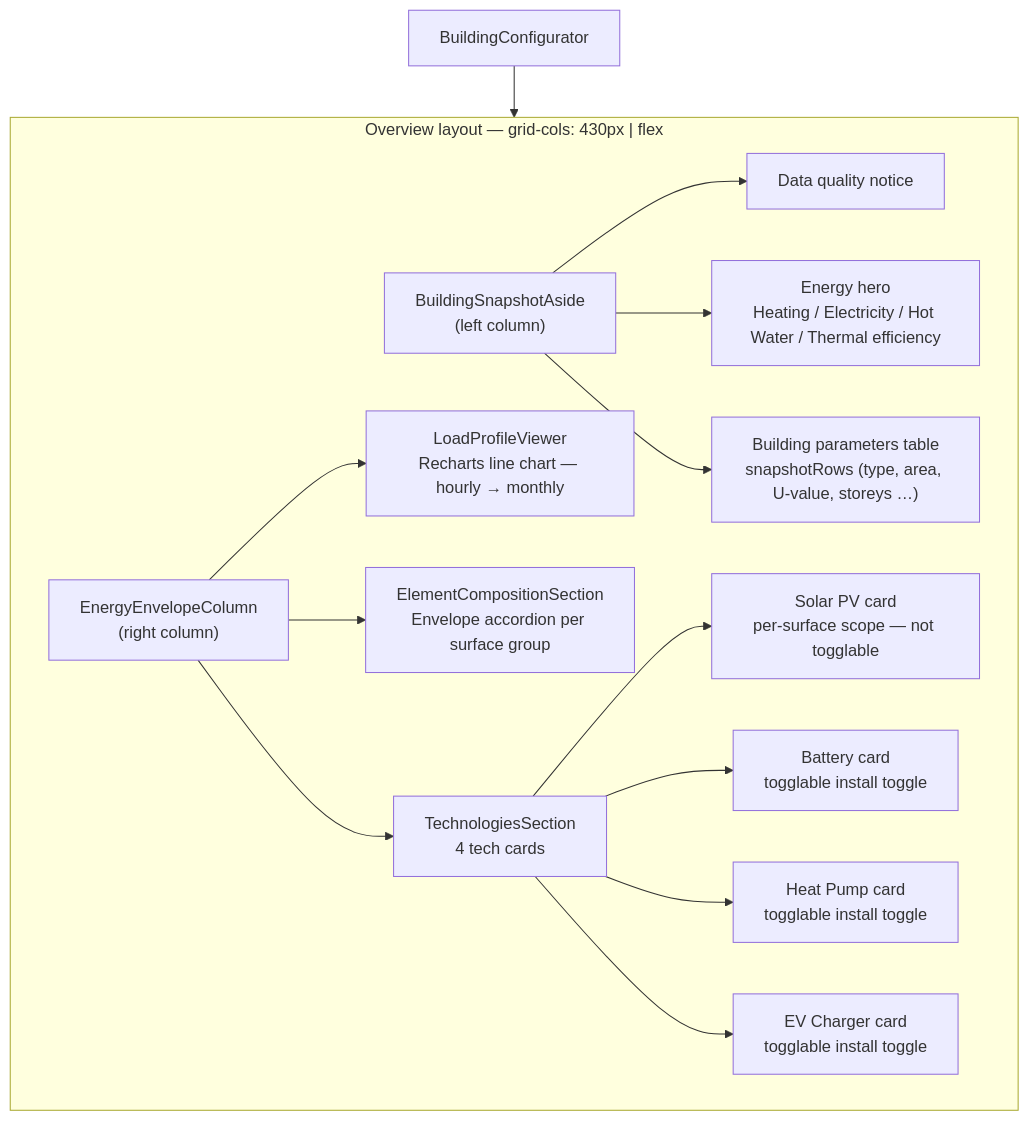
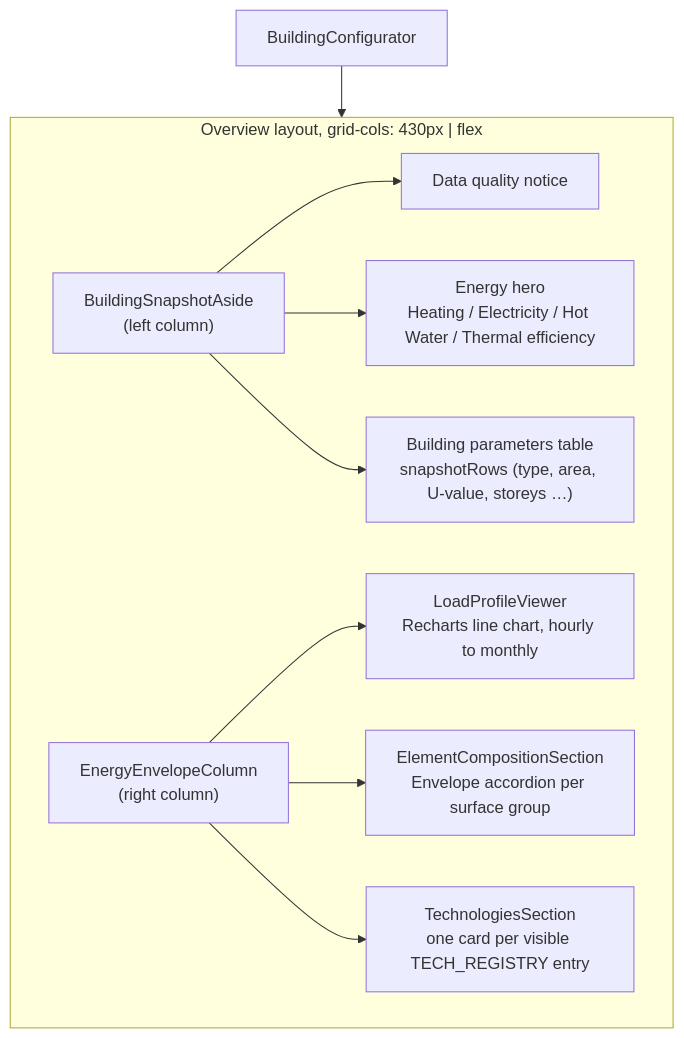
One commit to THD-Spatial-AI/building-configurator changed the second of 6 diagrams in docs/architecture.md. Above: the diagram before and after it, drawn with Mermaid. The commit also changed other lines of this file and 4 other files, not shown here.

````diff
--- a/docs/architecture.md
+++ b/docs/architecture.md
@@ -27,24 +33,19 @@
 ```mermaid
 graph TD
     BC["BuildingConfigurator"]
 
-    subgraph OV["Overview layout — grid-cols: 430px | flex"]
+    subgraph OV["Overview layout, grid-cols: 430px | flex"]
         BSA["BuildingSnapshotAside<br>(left column)"]
         EEC["EnergyEnvelopeColumn<br>(right column)"]
 
         BSA --> N1["Data quality notice"]
         BSA --> N2["Energy hero<br>Heating / Electricity / Hot Water / Thermal efficiency"]
         BSA --> N3["Building parameters table<br>snapshotRows (type, area, U-value, storeys …)"]
 
-        EEC --> LPV["LoadProfileViewer<br>Recharts line chart — hourly → monthly"]
+        EEC --> LPV["LoadProfileViewer<br>Recharts line chart, hourly to monthly"]
         EEC --> ECS["ElementCompositionSection<br>Envelope accordion per surface group"]
-        EEC --> TS["TechnologiesSection<br>4 tech cards"]
-
-        TS --> T1["Solar PV card<br>per-surface scope — not togglable"]
-        TS --> T2["Battery card<br>togglable install toggle"]
-        TS --> T3["Heat Pump card<br>togglable install toggle"]
-        TS --> T4["EV Charger card<br>togglable install toggle"]
+        EEC --> TS["TechnologiesSection<br>one card per visible TECH_REGISTRY entry"]
     end
 
     BC --> OV
 ```
````
